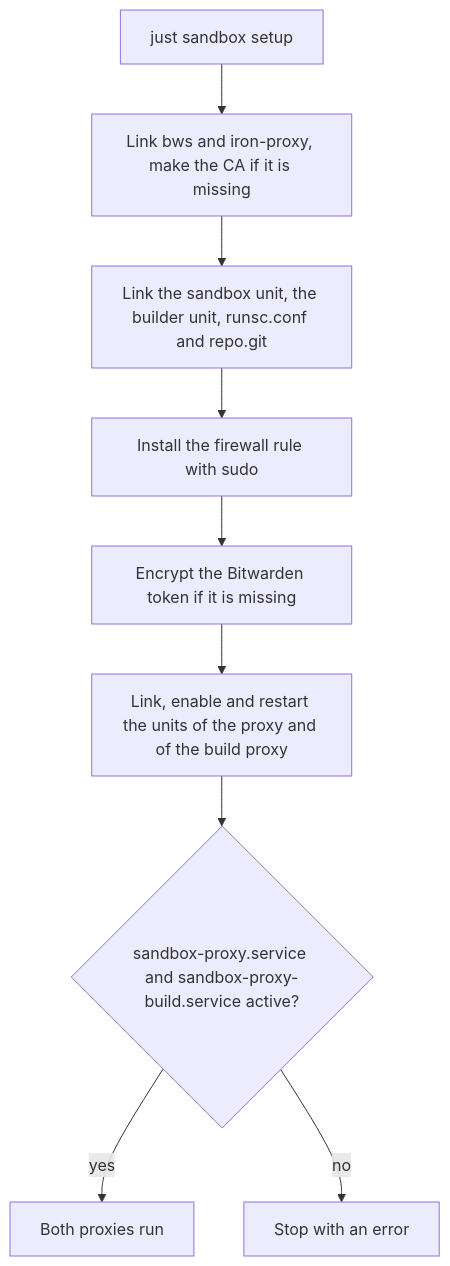
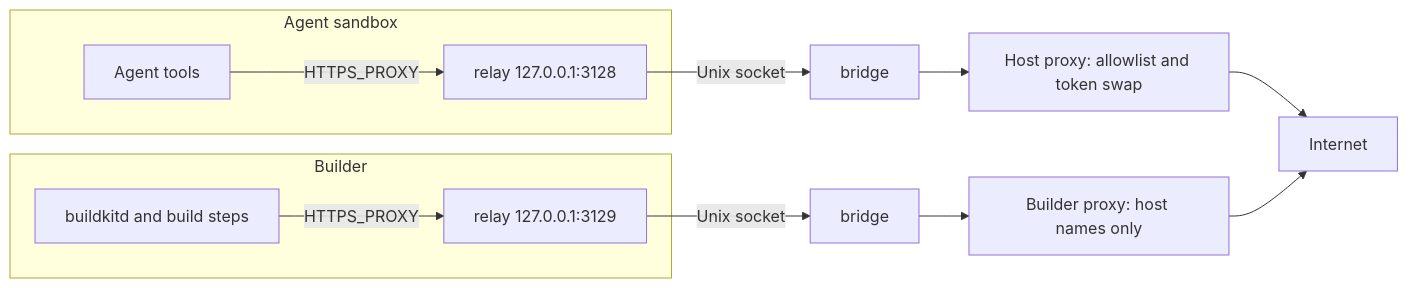
Before and after one commit to raghav19/engineersdaybook: the first of 2 diagrams in .sandbox/README.md, drawn with Mermaid. The commit also changed other lines of this file and 28 other files, not shown here.

First line of the commit message:
sandbox: push with crane, rename the agent unit and shorten the docs

````diff
--- a/.sandbox/README.md
+++ b/.sandbox/README.md
@@ -122,11 +24,11 @@
 ```mermaid
-flowchart TD
-    A["just sandbox setup"] --> B["Link bws and iron-proxy, make the CA if it is missing"]
-    B --> C["Link the sandbox unit, the builder unit, runsc.conf and repo.git"]
-    C --> D["Install the firewall rule with sudo"]
-    D --> E["Encrypt the Bitwarden token if it is missing"]
-    E --> F["Link, enable and restart the units of the proxy and of the build proxy"]
-    F --> G{"sandbox-proxy.service and sandbox-proxy-build.service active?"}
-    G -->|yes| H["Both proxies run"]
-    G -->|no| I["Stop with an error"]
+flowchart LR
+    subgraph AS["Agent sandbox"]
+        T["Agent tools"] -->|HTTPS_PROXY| R1["relay 127.0.0.1:3128"]
+    end
+    subgraph BU["Builder"]
+        B["buildkitd and build steps"] -->|HTTPS_PROXY| R2["relay 127.0.0.1:3129"]
+    end
+    R1 -->|Unix socket| BR1["bridge"] --> HP["Host proxy: allowlist and token swap"] --> NET["Internet"]
+    R2 -->|Unix socket| BR2["bridge"] --> BP["Builder proxy: host names only"] --> NET
 ```
````
